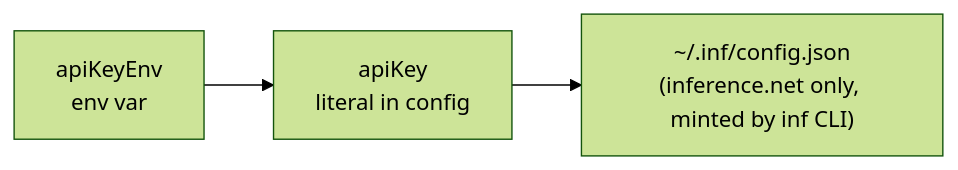
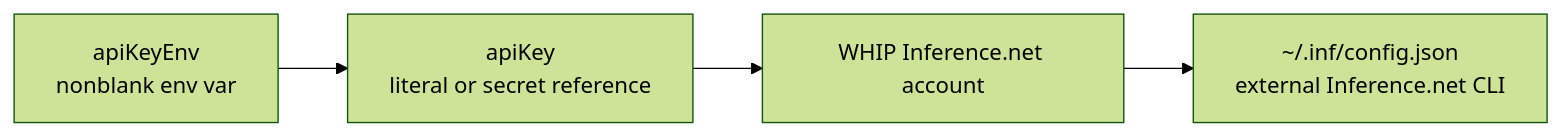
Before and after one commit to context-labs/whip: the second of 2 diagrams in docs/models-providers.md, drawn with Mermaid (forest theme). The commit also changed other lines of this file and 274 other files, not shown here.

````diff
--- a/docs/models-providers.md
+++ b/docs/models-providers.md
@@ -52,4 +97,4 @@
 ```mermaid
 flowchart LR
-    E["apiKeyEnv<br/>env var"] --> K["apiKey<br/>literal in config"] --> I["~/.inf/config.json<br/>(inference.net only, minted by inf CLI)"]
+    E["apiKeyEnv<br/>nonblank env var"] --> K["apiKey<br/>literal or secret reference"] --> W["WHIP Inference.net account"] --> I["~/.inf/config.json<br/>external Inference.net CLI"]
 ```
````
